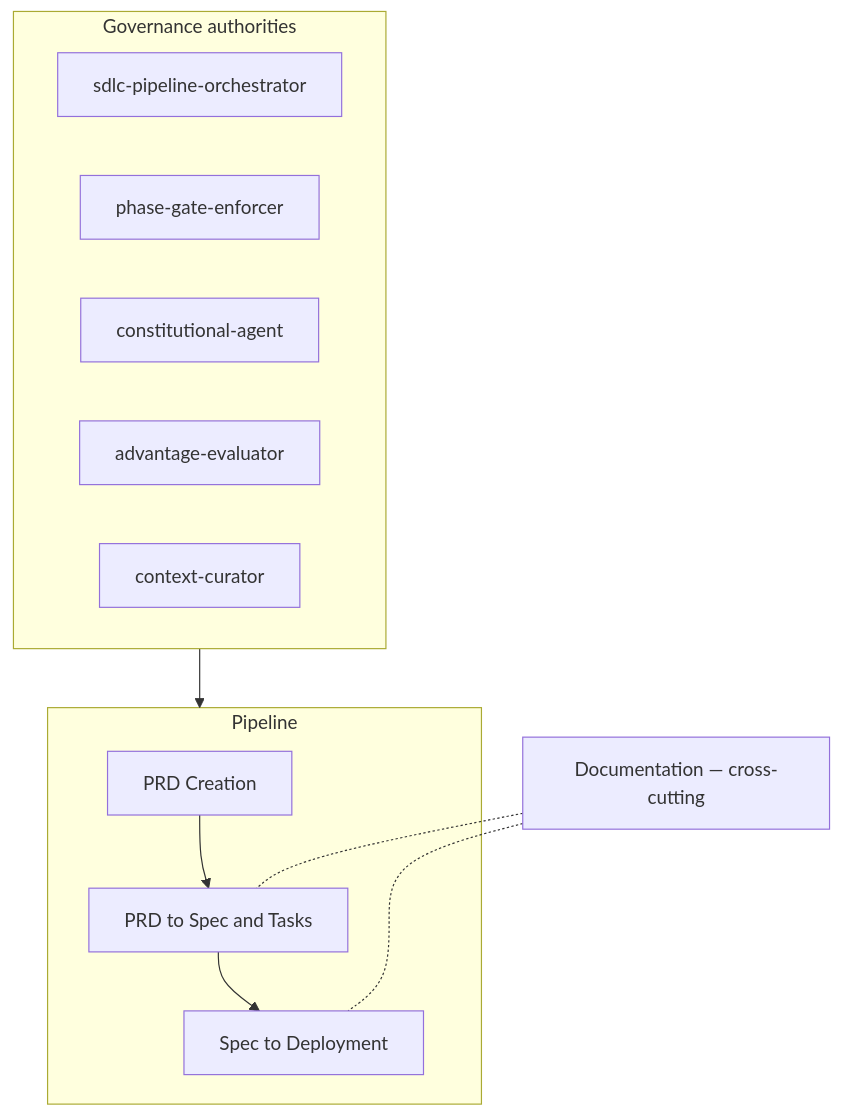
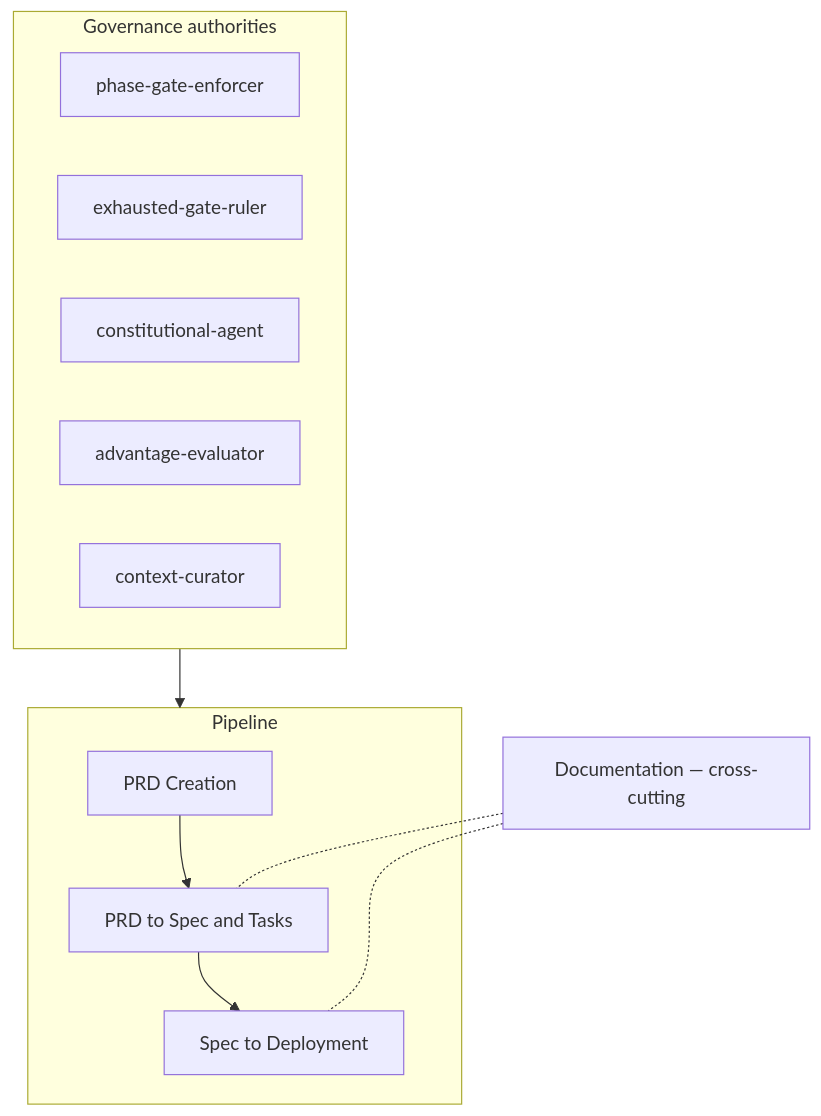
The first of 3 diagrams in plugins/agent-teams-workforce/AGENT-TEAMS-WORKFORCE.md (mark-satterfield/toolset), drawn with Mermaid before and after one commit. The commit also changed other lines of this file, not shown here.

````diff
--- a/plugins/agent-teams-workforce/AGENT-TEAMS-WORKFORCE.md
+++ b/plugins/agent-teams-workforce/AGENT-TEAMS-WORKFORCE.md
@@ -13,20 +13,20 @@
 ```mermaid
 graph TD
   subgraph GOV[Governance authorities]
-    ORCH[sdlc-pipeline-orchestrator]
     ENF[phase-gate-enforcer]
+    EXH[exhausted-gate-ruler]
     CON[constitutional-agent]
     ADV[advantage-evaluator]
     CTX[context-curator]
   end
 
   GOV --> PIPE
 
   subgraph PIPE[Pipeline]
     P0[PRD Creation] --> PTS[PRD to Spec and Tasks]
     PTS --> STD[Spec to Deployment]
   end
 
   DOC[Documentation — cross-cutting] -.- PTS
   DOC -.- STD
 ```
````
